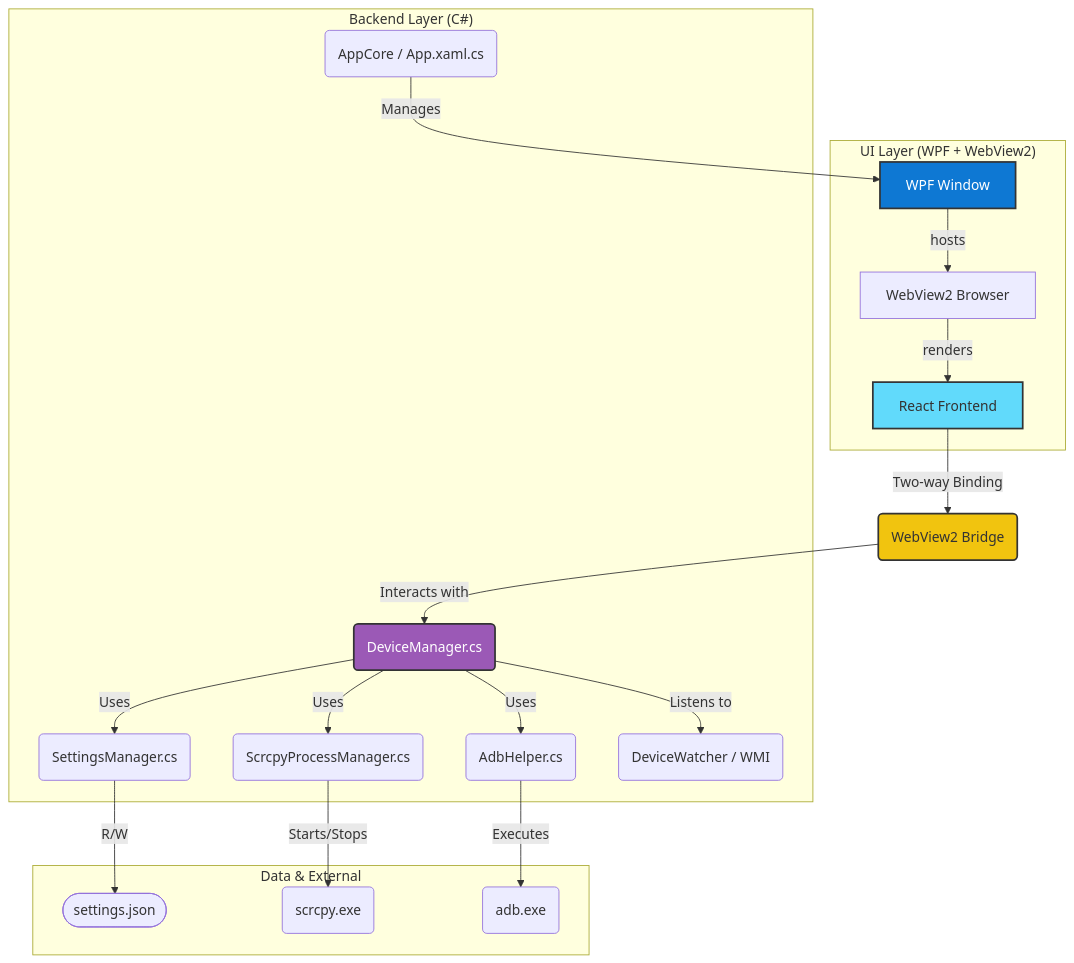
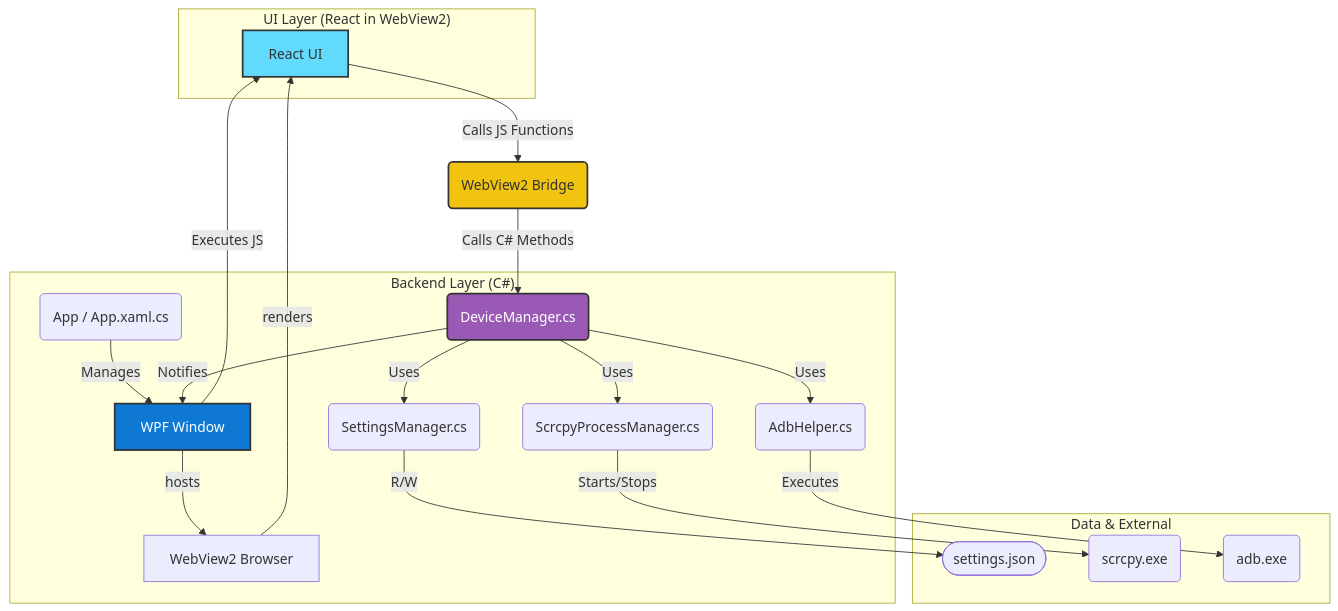
One commit to Nekolite-Studio/NL-ScrcpyTray changed the diagram in markdown/docs/architecture.md. Above: the diagram before and after it, drawn with Mermaid. The commit also changed other lines of this file and 44 other files, not shown here.

````diff
--- a/markdown/docs/architecture.md
+++ b/markdown/docs/architecture.md
@@ -17,46 +17,48 @@
 ```mermaid
 graph TD
-    subgraph "UI Layer (WPF + WebView2)"
-        WpfWindow[WPF Window]
-        WebView2[WebView2 Browser]
-        ReactApp[React Frontend]
-        
-        WpfWindow -- hosts --> WebView2
-        WebView2 -- renders --> ReactApp
+    subgraph "UI Layer (React in WebView2)"
+        ReactApp[React UI]
     end
 
     subgraph "Backend Layer (C#)"
-        AppCore(AppCore / App.xaml.cs)
+        WpfWindow[WPF Window]
+        WebView2[WebView2 Browser]
+        AppCore(App / App.xaml.cs)
         DeviceManager(DeviceManager.cs)
         ScrcpyProcessManager(ScrcpyProcessManager.cs)
         SettingsManager(SettingsManager.cs)
         AdbHelper(AdbHelper.cs)
-        DeviceWatcher(DeviceWatcher / WMI)
     end
 
     subgraph "Data & External"
         ConfigFile([settings.json])
         ScrcpyProcess(scrcpy.exe)
         AdbProcess(adb.exe)
     end
     
     %% Interactions
+    WpfWindow -- hosts --> WebView2
+    WebView2 -- renders --> ReactApp
+    
     AppCore -- Manages --> WpfWindow
-    ReactApp -- Two-way Binding --> WebView2Bridge(WebView2 Bridge)
-    WebView2Bridge -- Interacts with --> DeviceManager
     
+    ReactApp -- Calls JS Functions --> WebView2Bridge(WebView2 Bridge)
+    WebView2Bridge -- Calls C# Methods --> DeviceManager
+    
+    DeviceManager -- Notifies --> WpfWindow
+    WpfWindow -- Executes JS --> ReactApp
+
     DeviceManager -- Uses --> SettingsManager
     DeviceManager -- Uses --> AdbHelper
     DeviceManager -- Uses --> ScrcpyProcessManager
-    DeviceManager -- Listens to --> DeviceWatcher
     
     SettingsManager -- R/W --> ConfigFile
     ScrcpyProcessManager -- Starts/Stops --> ScrcpyProcess
     AdbHelper -- Executes --> AdbProcess
 
     %% Styling
     style ReactApp fill:#61DAFB,stroke:#333,stroke-width:2px
     style WpfWindow fill:#0E78D3,stroke:#333,stroke-width:2px,color:#fff
     style DeviceManager fill:#9b59b6,stroke:#333,stroke-width:2px,color:#fff
     style WebView2Bridge fill:#f1c40f,stroke:#333,stroke-width:2px
 ```
````
